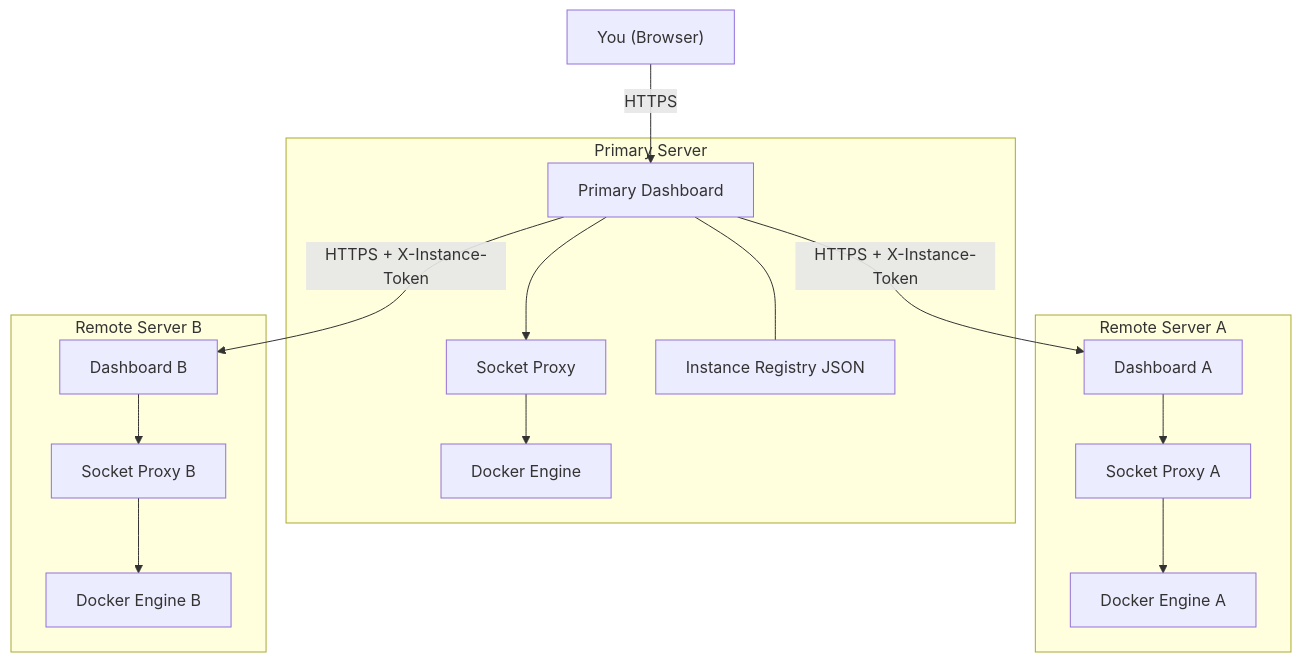
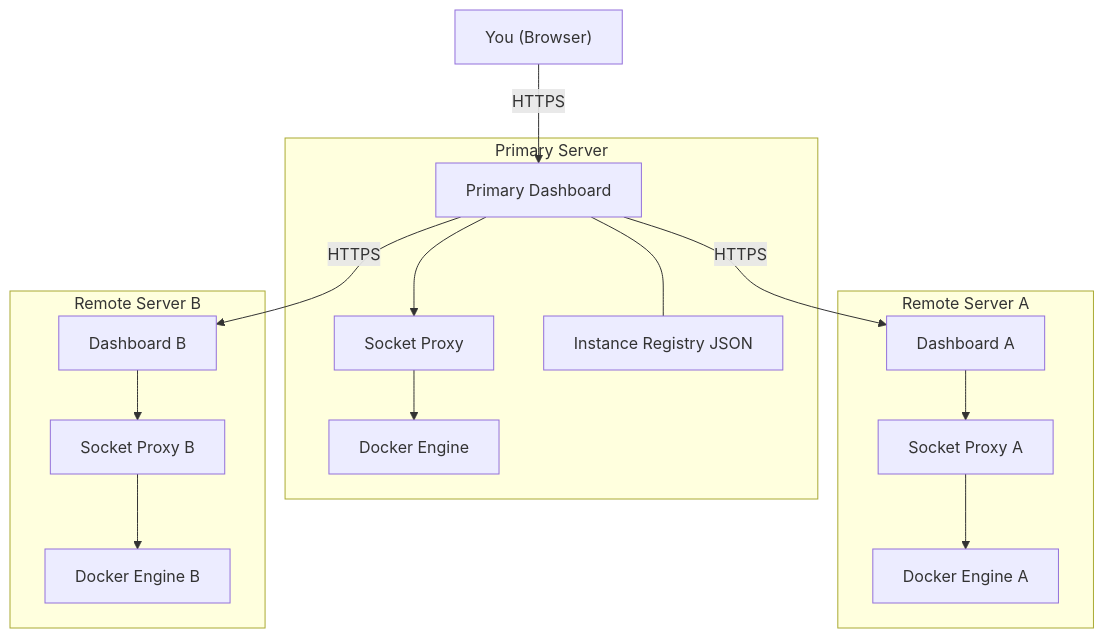
Before and after one commit to peermesh/docker-lab-docs: the second of 2 diagrams in docs/multi-instance.md, drawn with Mermaid. The commit also changed 13 other files, not shown here.

First line of the commit message:
fix: improve diagram legibility and icon rendering

````diff
--- a/docs/multi-instance.md
+++ b/docs/multi-instance.md
@@ -200,31 +200,31 @@
 ```mermaid
 flowchart TB
     You["You (Browser)"]
 
     subgraph PrimaryServer["Primary Server"]
         PrimaryDash["Primary Dashboard"]
         PrimaryDocker["Docker Engine"]
         PrimaryProxy["Socket Proxy"]
         Registry["Instance Registry JSON"]
     end
 
     subgraph RemoteA["Remote Server A"]
         DashA["Dashboard A"]
         DockerA["Docker Engine A"]
         ProxyA["Socket Proxy A"]
     end
 
     subgraph RemoteB["Remote Server B"]
         DashB["Dashboard B"]
         DockerB["Docker Engine B"]
         ProxyB["Socket Proxy B"]
     end
 
     You -->|"HTTPS"| PrimaryDash
     PrimaryDash --> PrimaryProxy --> PrimaryDocker
-    PrimaryDash -->|"HTTPS + X-Instance-Token"| DashA
-    PrimaryDash -->|"HTTPS + X-Instance-Token"| DashB
+    PrimaryDash -->|"HTTPS"| DashA
+    PrimaryDash -->|"HTTPS"| DashB
     PrimaryDash --- Registry
     DashA --> ProxyA --> DockerA
     DashB --> ProxyB --> DockerB
 ```
````
